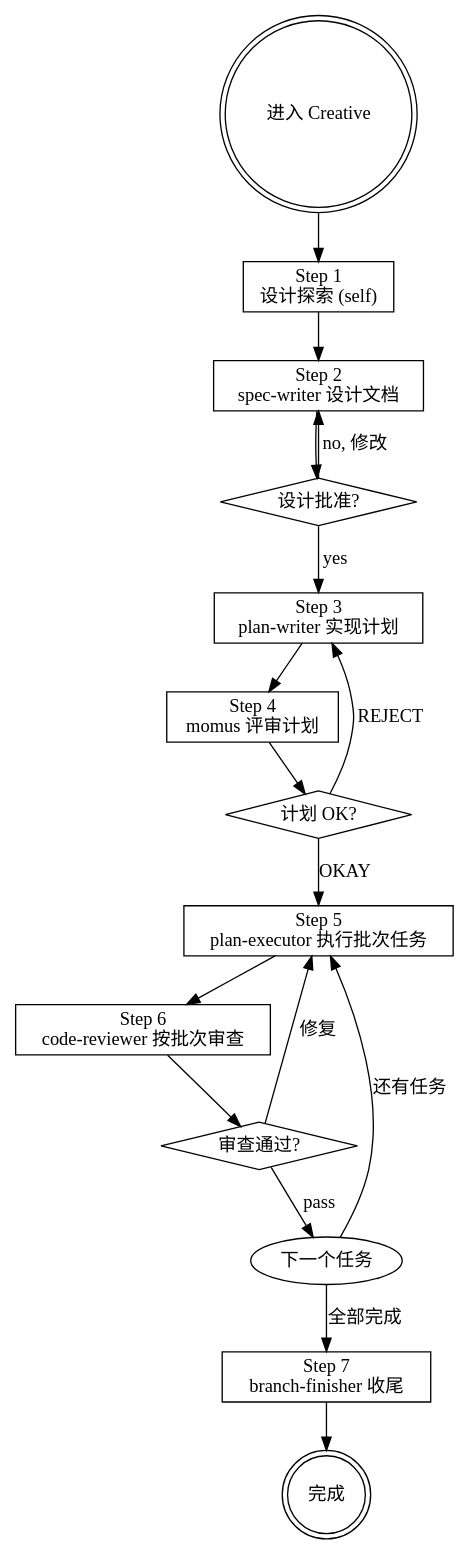
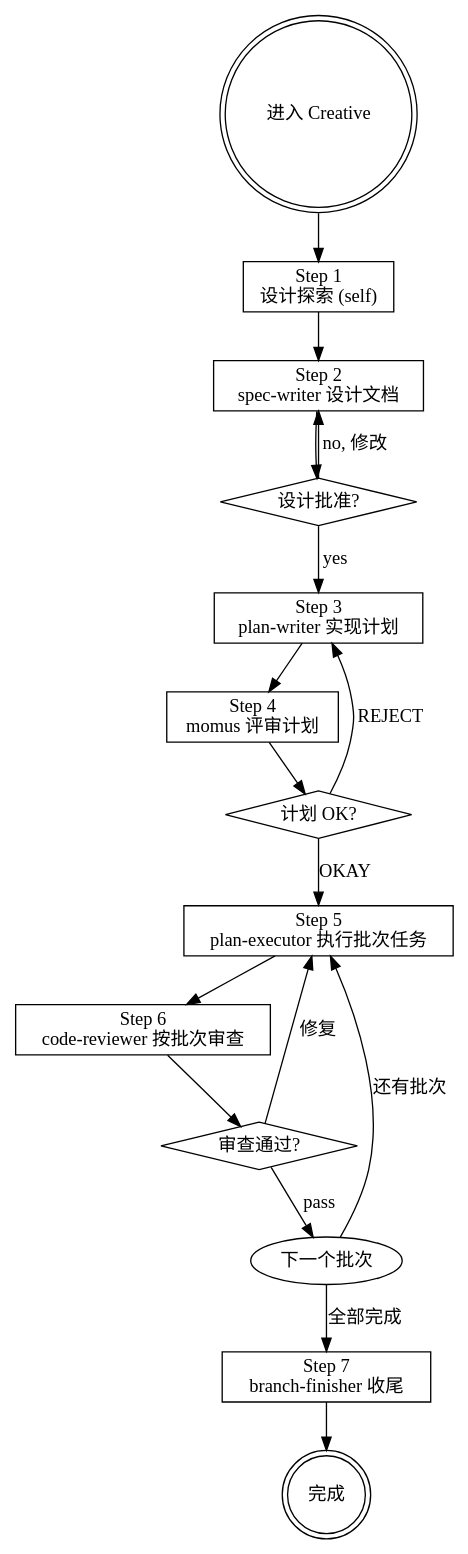
One commit to hsiang-lee/my_opencode changed the diagram in agents/Creative.md. Above: the diagram before and after it, drawn with Graphviz. The commit also changed 3 other files, not shown here.

````diff
--- a/agents/Creative.md
+++ b/agents/Creative.md
@@ -110,36 +110,36 @@
 ```dot
 digraph creative_flow {
     rankdir=TB;
     start [label="进入 Creative", shape=doublecircle];
     step1 [label="Step 1\n设计探索 (self)", shape=box];
     step2 [label="Step 2\nspec-writer 设计文档", shape=box];
     step3 [label="Step 3\nplan-writer 实现计划", shape=box];
     step4 [label="Step 4\nmomus 评审计划", shape=box];
     step5 [label="Step 5\nplan-executor 执行批次任务", shape=box];
     step6 [label="Step 6\ncode-reviewer 按批次审查", shape=box];
     step7 [label="Step 7\nbranch-finisher 收尾", shape=box];
 
     gate2 [label="设计批准?", shape=diamond];
     gate4 [label="计划 OK?", shape=diamond];
     gate6 [label="审查通过?", shape=diamond];
-    loop [label="下一个任务", shape=ellipse];
+    loop [label="下一个批次", shape=ellipse];
     done [label="完成", shape=doublecircle];
 
     start -> step1;
     step1 -> step2;
     step2 -> gate2;
     gate2 -> step3 [label="yes"];
     gate2 -> step2 [label="no, 修改"];
     step3 -> step4;
     step4 -> gate4;
     gate4 -> step5 [label="OKAY"];
     gate4 -> step3 [label="REJECT"];
     step5 -> step6;
     step6 -> gate6;
     gate6 -> loop [label="pass"];
     gate6 -> step5 [label="修复"];
-    loop -> step5 [label="还有任务"];
+    loop -> step5 [label="还有批次"];
     loop -> step7 [label="全部完成"];
     step7 -> done;
 }
 ```
````
